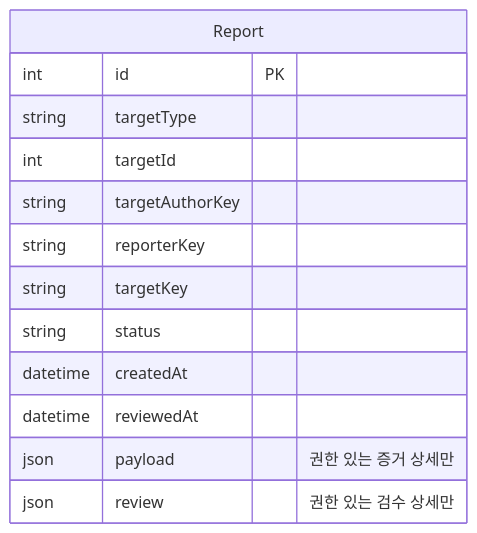
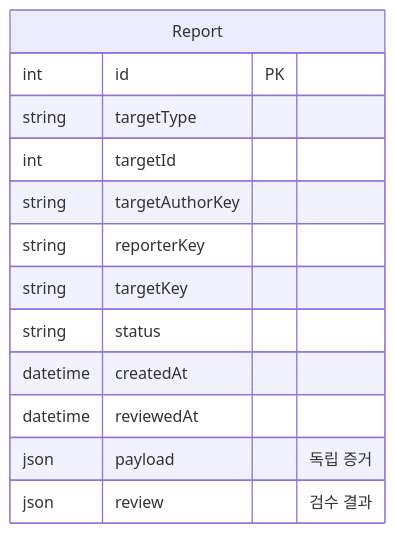
The eighth of 12 diagrams in docs/report-management.md (luke0408/blog-erd), drawn with Mermaid before and after one commit. The commit also changed other lines of this file and 5 other files, not shown here.

Commit message:
docs(erd): reorder student questions by design requirements

````diff
--- a/docs/report-management.md
+++ b/docs/report-management.md
@@ -244,16 +233,16 @@
 ```mermaid
 erDiagram
     Report {
         int id PK
         string targetType
         int targetId
         string targetAuthorKey
         string reporterKey
         string targetKey
         string status
         datetime createdAt
         datetime reviewedAt
-        json payload "권한 있는 증거 상세만"
-        json review "권한 있는 검수 상세만"
+        json payload "독립 증거"
+        json review "검수 결과"
     }
 ```
````
